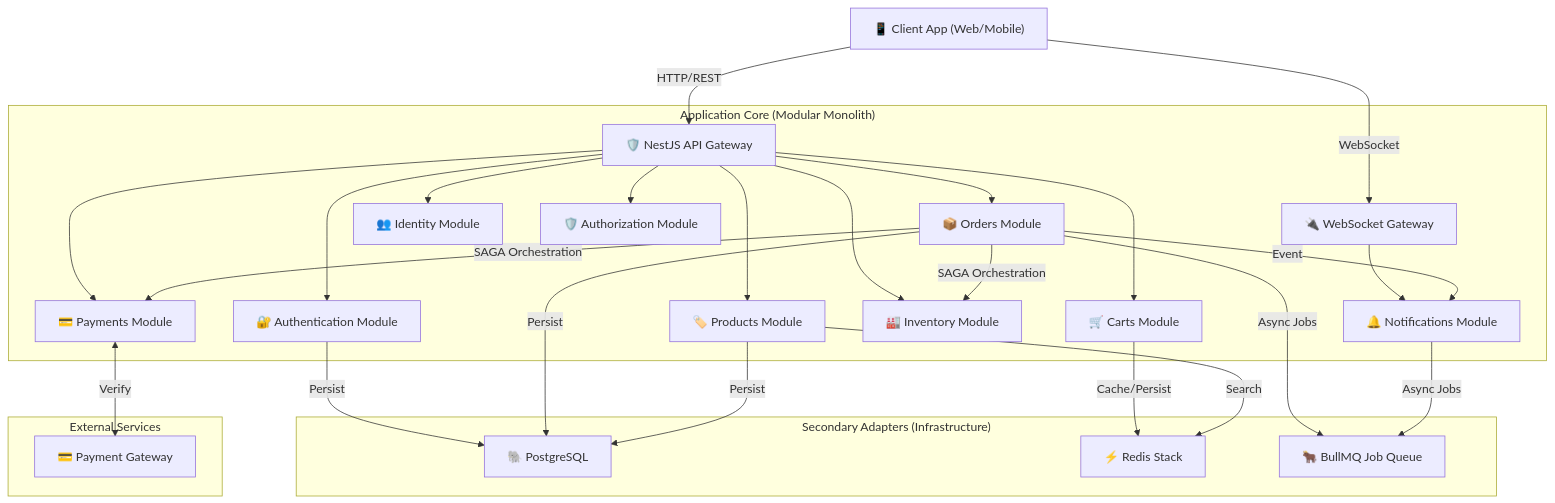
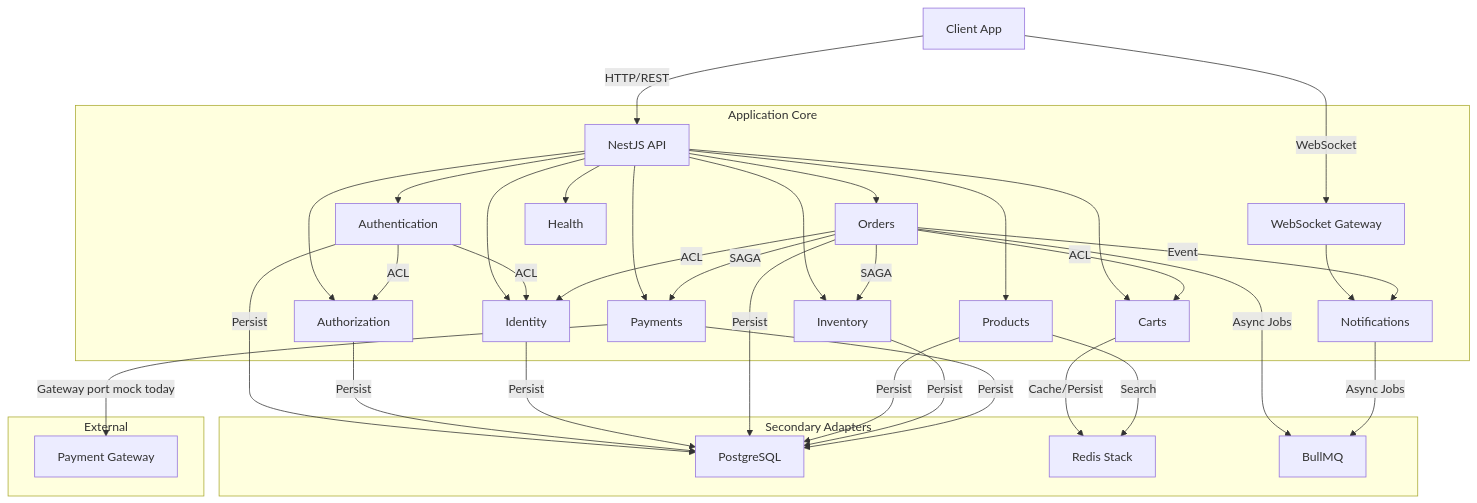
One commit to raouf-b-dev/ecommerce-store-api changed the third of 11 diagrams in docs/architecture/ARCHITECTURE.md. Above: the diagram before and after it, drawn with Mermaid. The commit also changed other lines of this file, not shown here.

First line of the commit message:
Refactor architecture documentation for clarity and consistency

````diff
--- a/docs/architecture/ARCHITECTURE.md
+++ b/docs/architecture/ARCHITECTURE.md
@@ -124,38 +110,44 @@
 ```mermaid
 graph TD
-    Client["📱 Client App (Web/Mobile)"] -->|HTTP/REST| API["🛡️ NestJS API Gateway"]
-    Client -->|WebSocket| WS["🔌 WebSocket Gateway"]
+ Client["Client App"] -->|HTTP/REST| API["NestJS API"]
+ Client -->|WebSocket| WS["WebSocket Gateway"]
 
-    subgraph "Application Core (Modular Monolith)"
-        API --> Authentication["🔐 Authentication Module"]
-        API --> Orders["📦 Orders Module"]
-        API --> Products["🏷️ Products Module"]
-        API --> Carts["🛒 Carts Module"]
-        API --> Payments["💳 Payments Module"]
-        API --> Inventory["🏭 Inventory Module"]
-        API --> Identity["👥 Identity Module"]
-        API --> Authorization["🛡️ Authorization Module"]
+ subgraph AppCore["Application Core"]
+ API --> Authentication["Authentication"]
+ API --> Authorization["Authorization"]
+ API --> Orders["Orders"]
+ API --> Products["Products"]
+ API --> Carts["Carts"]
+ API --> Payments["Payments"]
+ API --> Inventory["Inventory"]
+ API --> Identity["Identity"]
+ API --> Health["Health"]
+ WS --> Notifications["Notifications"]
 
-        WS --> Notifications["🔔 Notifications Module"]
+ Authentication -->|ACL| Identity
+ Authentication -->|ACL| Authorization
+ Orders -->|SAGA| Inventory
+ Orders -->|SAGA| Payments
+ Orders -->|ACL| Identity
+ Orders -->|ACL| Carts
+ Orders -->|Event| Notifications
+ end
 
-        Orders -->|SAGA Orchestration| Inventory
-        Orders -->|SAGA Orchestration| Payments
-        Orders -->|Event| Notifications
-    end
+ subgraph Infra["Secondary Adapters"]
+ Authentication -->|Persist| PG["PostgreSQL"]
+ Authorization -->|Persist| PG
+ Identity -->|Persist| PG
+ Orders -->|Persist| PG
+ Products -->|Persist| PG
+ Inventory -->|Persist| PG
+ Payments -->|Persist| PG
+ Carts -->|Cache/Persist| Redis["Redis Stack"]
+ Products -->|Search| Redis
+ Orders -->|Async Jobs| BullMQ["BullMQ"]
+ Notifications -->|Async Jobs| BullMQ
+ end
 
-    subgraph "Secondary Adapters (Infrastructure)"
-        Authentication -->|Persist| PG["🐘 PostgreSQL"]
-        Orders -->|Persist| PG
-        Products -->|Persist| PG
-
-        Carts -->|Cache/Persist| Redis["⚡ Redis Stack"]
-        Products -->|Search| Redis
-
-        Orders -->|Async Jobs| BullMQ["🐂 BullMQ Job Queue"]
-        Notifications -->|Async Jobs| BullMQ
-    end
-
-    subgraph "External Services"
-        Payments <-->|Verify| Stripe["💳 Payment Gateway"]
-    end
+ subgraph External["External"]
+ Payments -->|"Gateway port mock today"| PayPort["Payment Gateway"]
+ end
 ```
````
